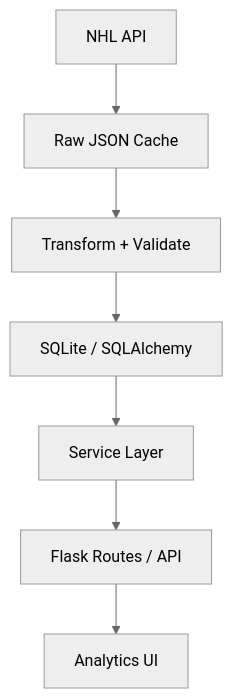
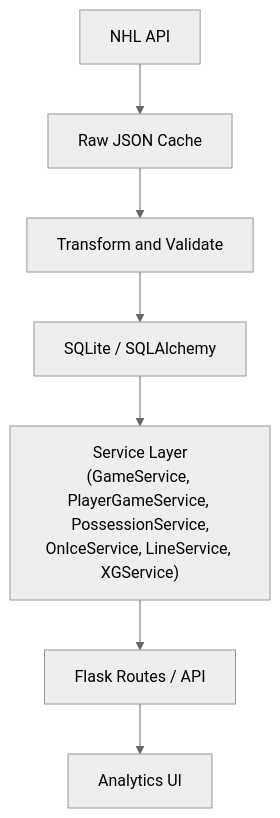
One commit to david-turnbull/Hockey-game-analyzer changed the diagram in README.md. Above: the diagram before and after it, drawn with Mermaid (neutral theme). The commit also changed other lines of this file and 9 other files, not shown here.

````diff
--- a/README.md
+++ b/README.md
@@ -31,9 +31,9 @@
 ```mermaid
 flowchart TD
     A[NHL API] --> B[Raw JSON Cache]
-    B --> C[Transform + Validate]
+    B --> C[Transform and Validate]
     C --> D[SQLite / SQLAlchemy]
-    D --> E[Service Layer]
+    D --> E["Service Layer<br>(GameService, PlayerGameService, PossessionService,<br>OnIceService, LineService, XGService)"]
     E --> F[Flask Routes / API]
     F --> G[Analytics UI]
 ```
````
